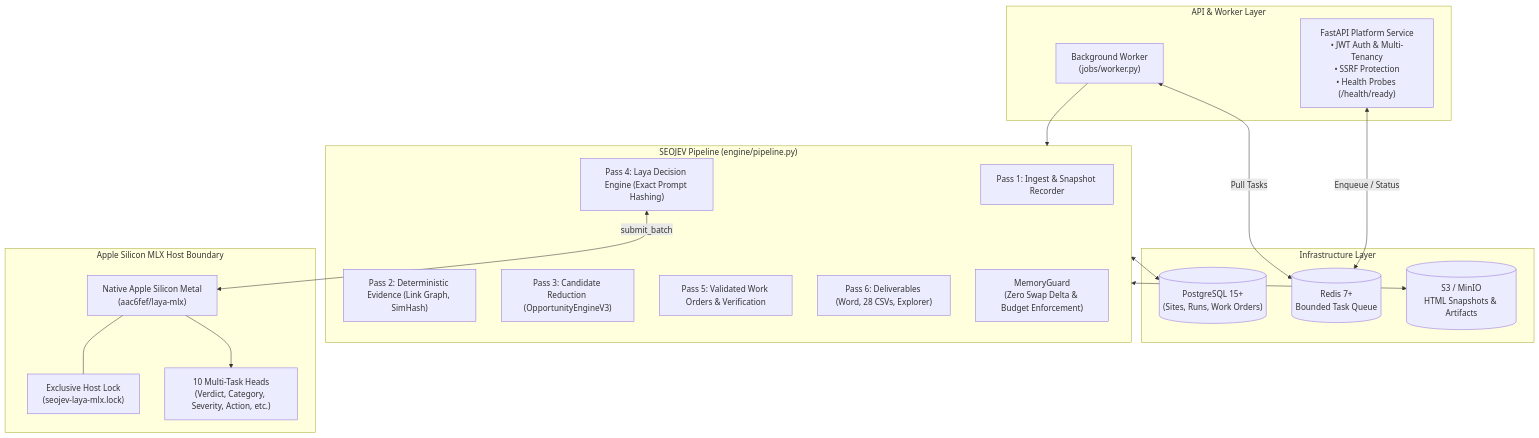
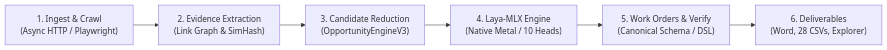
One commit to 07anishu12/SEO-Agent-using-LAYA changed the diagram in README.md. Above: the diagram before and after it, drawn with Mermaid. The commit also changed other lines of this file and 3 other files, not shown here.

Commit message:
docs: complete v1.0 technical report, architecture spec, and frozen project packaging

````diff
--- a/README.md
+++ b/README.md
@@ -57,39 +25,8 @@
 ```mermaid
-flowchart TD
-    subgraph StorageAndQueue["Infrastructure Layer"]
-        PG[("PostgreSQL 15+\n(Sites, Runs, Work Orders)")]
-        RedisQueue[("Redis 7+\nBounded Task Queue")]
-        S3Store[("S3 / MinIO\nHTML Snapshots & Artifacts")]
-    end
-
-    subgraph ServiceLayer["API & Worker Layer"]
-        API["FastAPI Platform Service\n• JWT Auth & Multi-Tenancy\n• SSRF Protection\n• Health Probes (/health/ready)"]
-        Worker["Background Worker\n(jobs/worker.py)"]
-    end
-
-    subgraph CoreEngine["SEOJEV Pipeline (engine/pipeline.py)"]
-        P1["Pass 1: Ingest & Snapshot Recorder"]
-        P2["Pass 2: Deterministic Evidence (Link Graph, SimHash)"]
-        P3["Pass 3: Candidate Reduction (OpportunityEngineV3)"]
-        P4["Pass 4: Laya Decision Engine (Exact Prompt Hashing)"]
-        P5["Pass 5: Validated Work Orders & Verification"]
-        P6["Pass 6: Deliverables (Word, 28 CSVs, Explorer)"]
-        MemGuard["MemoryGuard\n(Zero Swap Delta & Budget Enforcement)"]
-    end
-
-    subgraph NativeMLX["Apple Silicon MLX Host Boundary"]
-        OSLock["Exclusive Host Lock\n(seojev-laya-mlx.lock)"]
-        MLX["Native Apple Silicon Metal\n(aac6fef/laya-mlx)"]
-        Heads["10 Multi-Task Heads\n(Verdict, Category, Severity, Action, etc.)"]
-    end
-
-    API <-->|Enqueue / Status| RedisQueue
-    Worker <-->|Pull Tasks| RedisQueue
-    Worker --> CoreEngine
-    CoreEngine <--> PG
-    CoreEngine <--> S3Store
-    CoreEngine --- MemGuard
-    P4 <-->|submit_batch| MLX
-    MLX --- OSLock
-    MLX --> Heads
+flowchart LR
+    Crawl["1. Ingest & Crawl\n(Async HTTP / Playwright)"] --> Evidence["2. Evidence Extraction\n(Link Graph & SimHash)"]
+    Evidence --> Reduce["3. Candidate Reduction\n(OpportunityEngineV3)"]
+    Reduce --> Laya["4. Laya-MLX Engine\n(Native Metal / 10 Heads)"]
+    Laya --> WorkOrders["5. Work Orders & Verify\n(Canonical Schema / DSL)"]
+    WorkOrders --> Reports["6. Deliverables\n(Word, 28 CSVs, Explorer)"]
 ```
````
